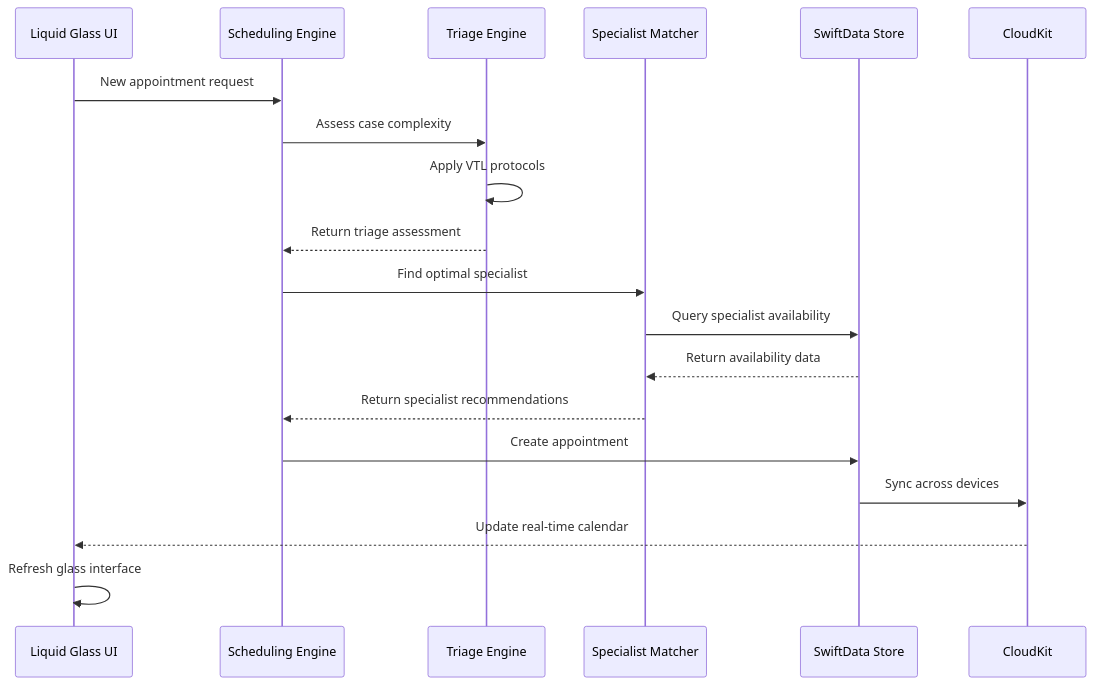
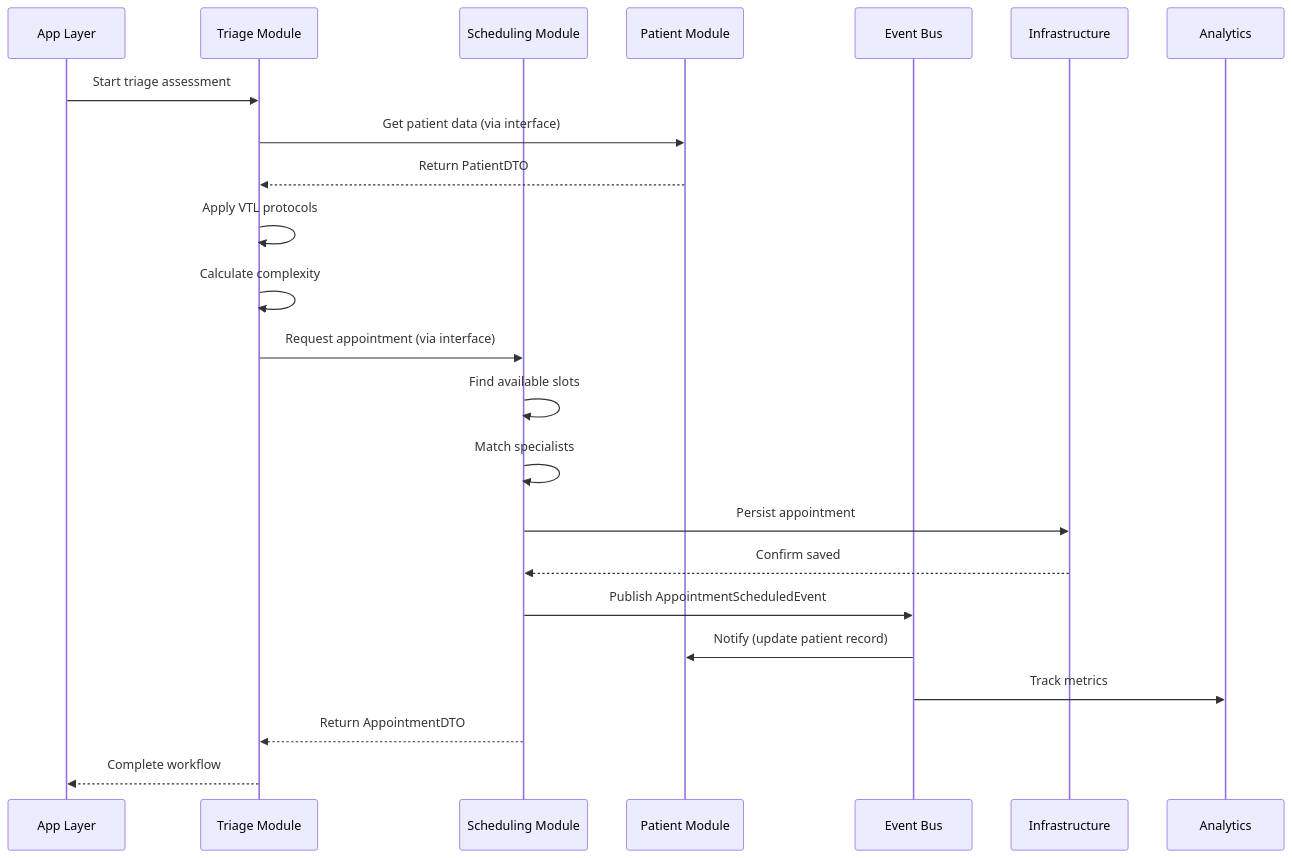
Before and after one commit to Moroverse/VetNet: the second of 4 diagrams in docs/architecture.md, drawn with Mermaid. The commit also changed other lines of this file and 1 other file, not shown here.

````diff
--- a/docs/architecture.md
+++ b/docs/architecture.md
@@ -479,22 +965,25 @@
 ```mermaid
 sequenceDiagram
-    participant UI as Liquid Glass UI
-    participant SE as Scheduling Engine
-    participant TE as Triage Engine
-    participant SM as Specialist Matcher
-    participant SD as SwiftData Store
-    participant CK as CloudKit
+    participant App as App Layer
+    participant TM as Triage Module
+    participant SM as Scheduling Module
+    participant PM as Patient Module
+    participant EB as Event Bus
+    participant Infra as Infrastructure
     
-    UI->>SE: New appointment request
-    SE->>TE: Assess case complexity
-    TE->>TE: Apply VTL protocols
-    TE-->>SE: Return triage assessment
-    SE->>SM: Find optimal specialist
-    SM->>SD: Query specialist availability
-    SD-->>SM: Return availability data
-    SM-->>SE: Return specialist recommendations
-    SE->>SD: Create appointment
-    SD->>CK: Sync across devices
-    CK-->>UI: Update real-time calendar
-    UI->>UI: Refresh glass interface
+    App->>TM: Start triage assessment
+    TM->>PM: Get patient data (via interface)
+    PM-->>TM: Return PatientDTO
+    TM->>TM: Apply VTL protocols
+    TM->>TM: Calculate complexity
+    TM->>SM: Request appointment (via interface)
+    SM->>SM: Find available slots
+    SM->>SM: Match specialists
+    SM->>Infra: Persist appointment
+    Infra-->>SM: Confirm saved
+    SM->>EB: Publish AppointmentScheduledEvent
+    EB->>PM: Notify (update patient record)
+    EB->>Analytics: Track metrics
+    SM-->>TM: Return AppointmentDTO
+    TM-->>App: Complete workflow
 ```
````
